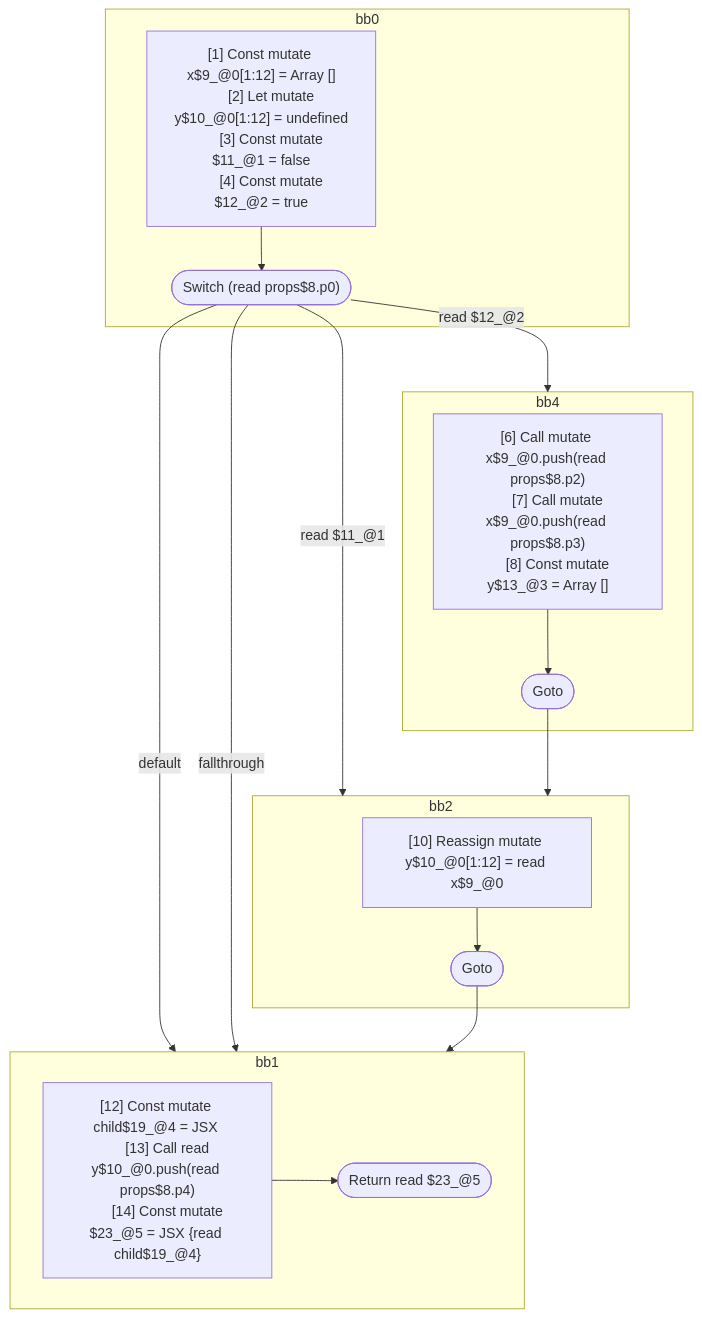
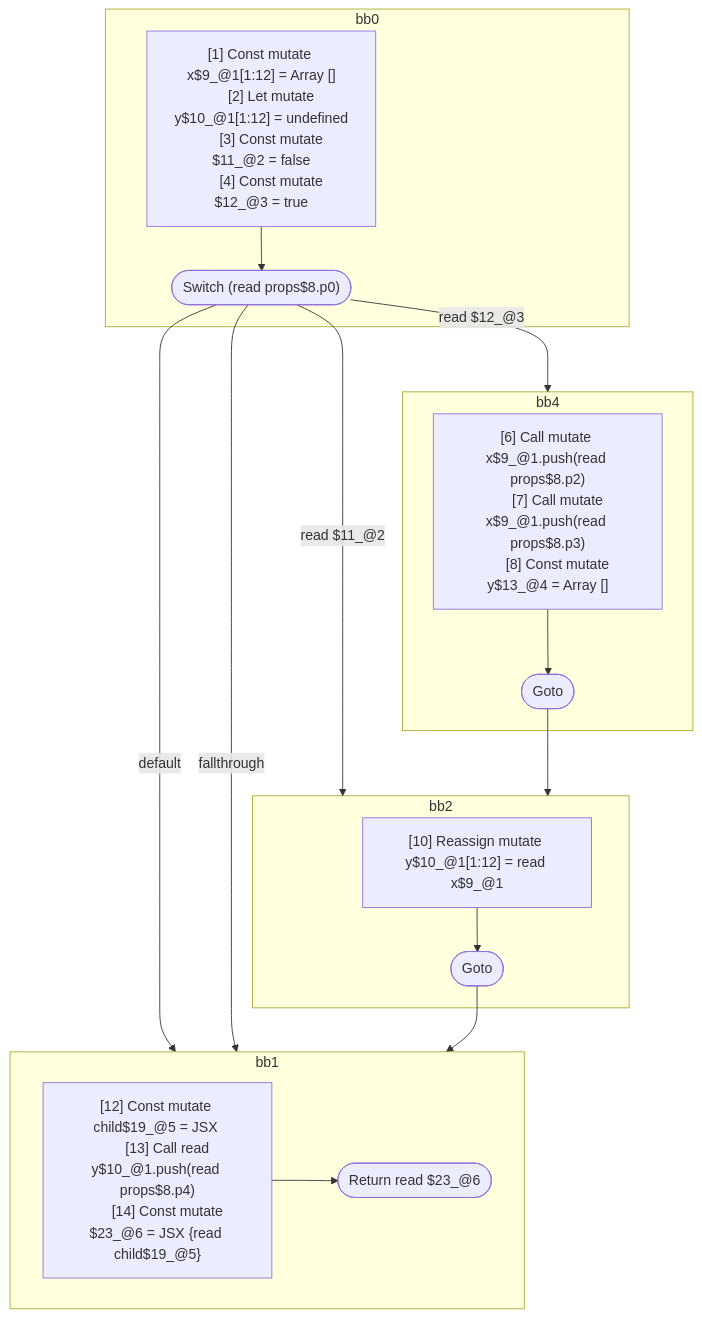
The diagram in compiler/forget/src/__tests__/fixtures/hir/switch.expect.md (wutsmog/private), drawn with Mermaid before and after one commit. The commit also changed other lines of this file and 9 other files, not shown here.

````diff
--- a/compiler/forget/src/__tests__/fixtures/hir/switch.expect.md
+++ b/compiler/forget/src/__tests__/fixtures/hir/switch.expect.md
@@ -73,44 +73,44 @@
 ```mermaid
 flowchart TB
   %% Basic Blocks
   subgraph bb0
     bb0_instrs["
-      [1] Const mutate x$9_@0[1:12] = Array []
-      [2] Let mutate y$10_@0[1:12] = undefined
-      [3] Const mutate $11_@1 = false
-      [4] Const mutate $12_@2 = true
+      [1] Const mutate x$9_@1[1:12] = Array []
+      [2] Let mutate y$10_@1[1:12] = undefined
+      [3] Const mutate $11_@2 = false
+      [4] Const mutate $12_@3 = true
     "]
     bb0_instrs --> bb0_terminal(["Switch (read props$8.p0)"])
   end
   subgraph bb4
     bb4_instrs["
-      [6] Call mutate x$9_@0.push(read props$8.p2)
-      [7] Call mutate x$9_@0.push(read props$8.p3)
-      [8] Const mutate y$13_@3 = Array []
+      [6] Call mutate x$9_@1.push(read props$8.p2)
+      [7] Call mutate x$9_@1.push(read props$8.p3)
+      [8] Const mutate y$13_@4 = Array []
     "]
     bb4_instrs --> bb4_terminal(["Goto"])
   end
   subgraph bb2
     bb2_instrs["
-      [10] Reassign mutate y$10_@0[1:12] = read x$9_@0
+      [10] Reassign mutate y$10_@1[1:12] = read x$9_@1
     "]
     bb2_instrs --> bb2_terminal(["Goto"])
   end
   subgraph bb1
     bb1_instrs["
-      [12] Const mutate child$19_@4 = JSX <read Component$0 data={freeze x$9_@0} ></read Component$0>
-      [13] Call read y$10_@0.push(read props$8.p4)
-      [14] Const mutate $23_@5 = JSX <read Component$0 data={read y$10_@0} >{read child$19_@4}</read Component$0>
+      [12] Const mutate child$19_@5 = JSX <read Component$0 data={freeze x$9_@1} ></read Component$0>
+      [13] Call read y$10_@1.push(read props$8.p4)
+      [14] Const mutate $23_@6 = JSX <read Component$0 data={read y$10_@1} >{read child$19_@5}</read Component$0>
     "]
-    bb1_instrs --> bb1_terminal(["Return read $23_@5"])
+    bb1_instrs --> bb1_terminal(["Return read $23_@6"])
   end
 
   %% Jumps
-  bb0_terminal -- "read $12_@2" --> bb4
-  bb0_terminal -- "read $11_@1" --> bb2
+  bb0_terminal -- "read $12_@3" --> bb4
+  bb0_terminal -- "read $11_@2" --> bb2
   bb0_terminal -- "default" --> bb1
   bb0_terminal -- "fallthrough" --> bb1
   bb4_terminal --> bb2
   bb2_terminal --> bb1
 
 ```
````
